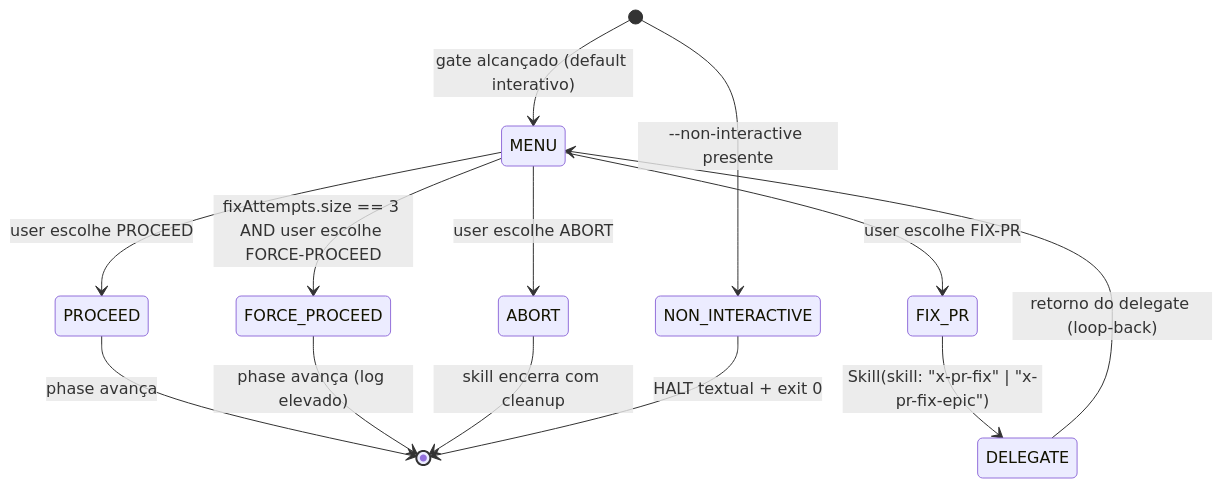
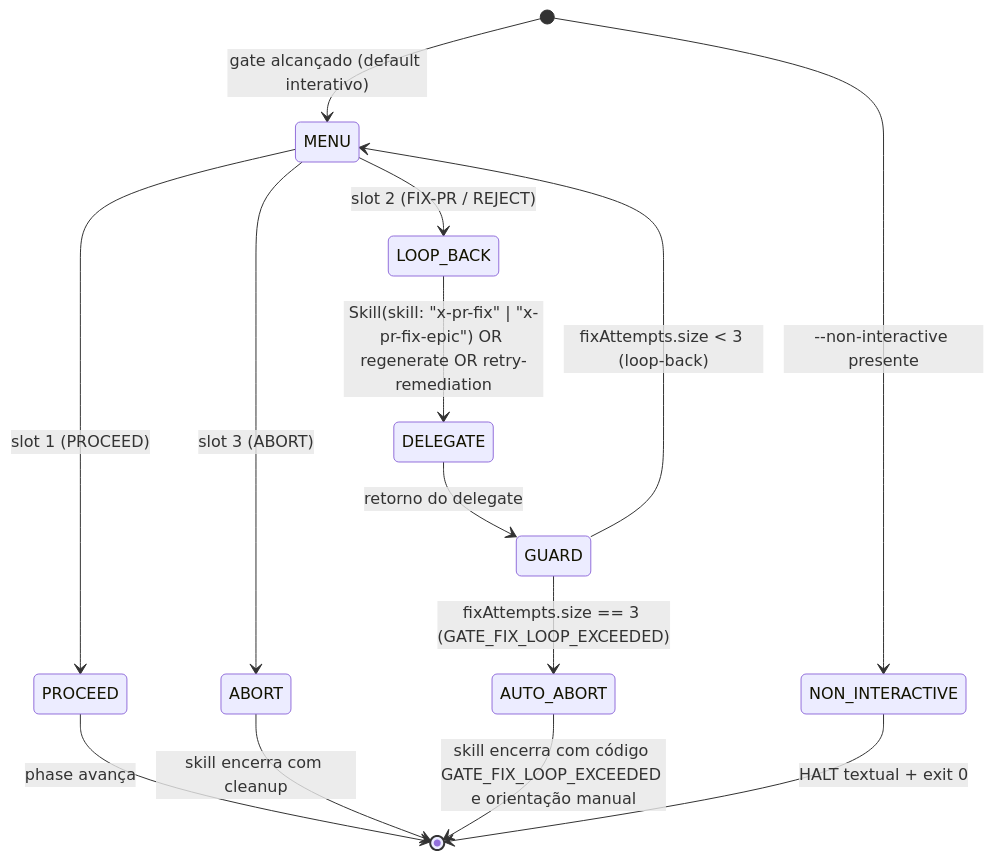
One commit to edercnj/ia-dev-environment changed the diagram in plans/epic-0043/story-0043-0001.md. Above: the diagram before and after it, drawn with Mermaid. The commit also changed other lines of this file and 6 other files, not shown here.

````diff
--- a/plans/epic-0043/story-0043-0001.md
+++ b/plans/epic-0043/story-0043-0001.md
@@ -157,18 +161,19 @@
 ```mermaid
 stateDiagram-v2
     [*] --> MENU: gate alcançado (default interativo)
     [*] --> NON_INTERACTIVE: --non-interactive presente
 
-    MENU --> PROCEED: user escolhe PROCEED
-    MENU --> FIX_PR: user escolhe FIX-PR
-    MENU --> ABORT: user escolhe ABORT
-    MENU --> FORCE_PROCEED: fixAttempts.size == 3 AND user escolhe FORCE-PROCEED
+    MENU --> PROCEED: slot 1 (PROCEED)
+    MENU --> LOOP_BACK: slot 2 (FIX-PR / REJECT)
+    MENU --> ABORT: slot 3 (ABORT)
 
-    FIX_PR --> DELEGATE: Skill(skill: "x-pr-fix" | "x-pr-fix-epic")
-    DELEGATE --> MENU: retorno do delegate (loop-back)
+    LOOP_BACK --> DELEGATE: Skill(skill: "x-pr-fix" | "x-pr-fix-epic") OR regenerate OR retry-remediation
+    DELEGATE --> GUARD: retorno do delegate
+    GUARD --> MENU: fixAttempts.size < 3 (loop-back)
+    GUARD --> AUTO_ABORT: fixAttempts.size == 3 (GATE_FIX_LOOP_EXCEEDED)
 
     PROCEED --> [*]: phase avança
-    FORCE_PROCEED --> [*]: phase avança (log elevado)
     ABORT --> [*]: skill encerra com cleanup
+    AUTO_ABORT --> [*]: skill encerra com código GATE_FIX_LOOP_EXCEEDED e orientação manual
     NON_INTERACTIVE --> [*]: HALT textual + exit 0
 ```
````
